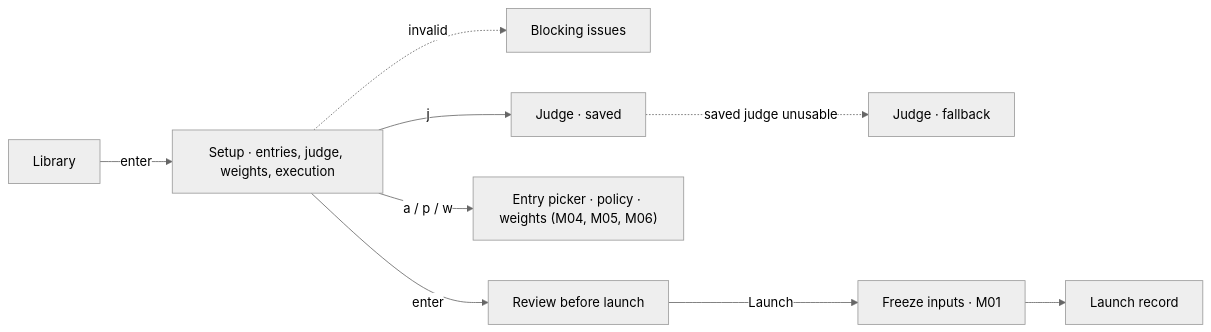
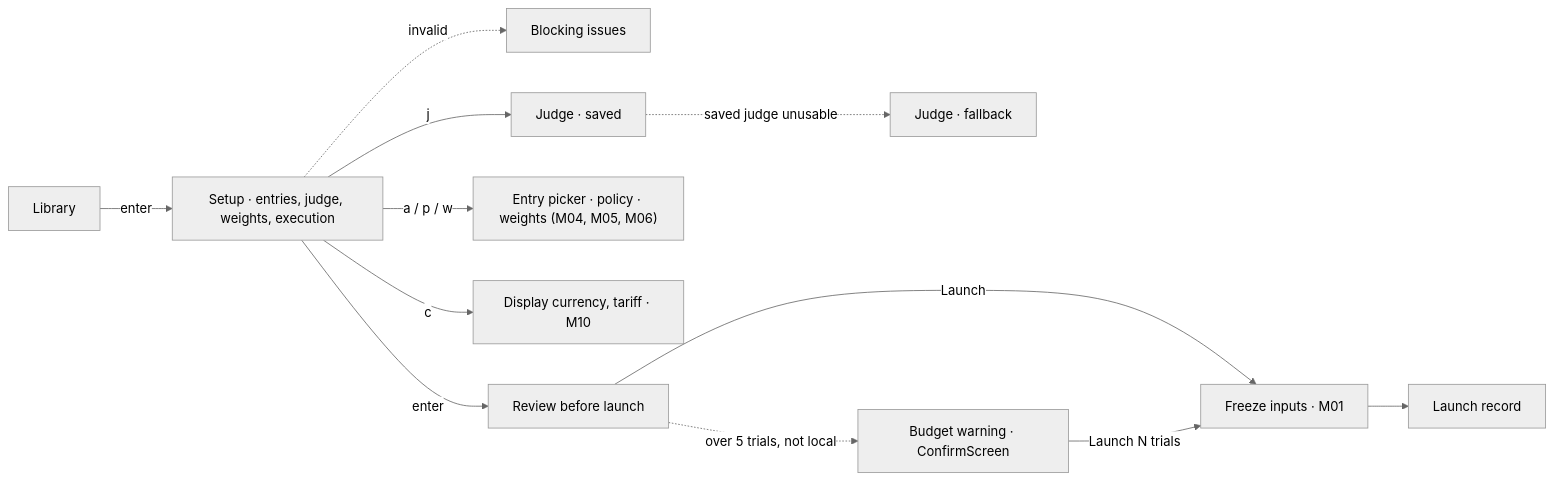
Before and after one commit to AxionomicAI/AxBenchmark: diagram 12 of 23 in spec/design/wireframe-tui/navigation.md, drawn with Mermaid (neutral theme). The commit also changed other lines of this file and 228 other files, not shown here.

````diff
--- a/spec/design/wireframe-tui/navigation.md
+++ b/spec/design/wireframe-tui/navigation.md
@@ -225,11 +268,14 @@
 ```mermaid
 flowchart LR
     Library -->|enter| Setup["Setup · entries, judge, weights, execution"]
     Setup -.->|invalid| SetupInvalid["Blocking issues"]
     Setup -->|j| JudgePicker["Judge · saved"]
     JudgePicker -.->|saved judge unusable| JudgeFallback["Judge · fallback"]
     Setup -->|a / p / w| Dialogs["Entry picker · policy · weights (M04, M05, M06)"]
+    Setup -->|c| CurrencyEnergy["Display currency, tariff · M10"]
     Setup -->|enter| ReviewLaunch["Review before launch"]
     ReviewLaunch -->|Launch| LaunchCheck["Freeze inputs · M01"]
+    ReviewLaunch -.->|over 5 trials, not local| TrialBudgetWarning["Budget warning · ConfirmScreen"]
+    TrialBudgetWarning -->|Launch N trials| LaunchCheck
     LaunchCheck --> LaunchRecord["Launch record"]
 ```
````
